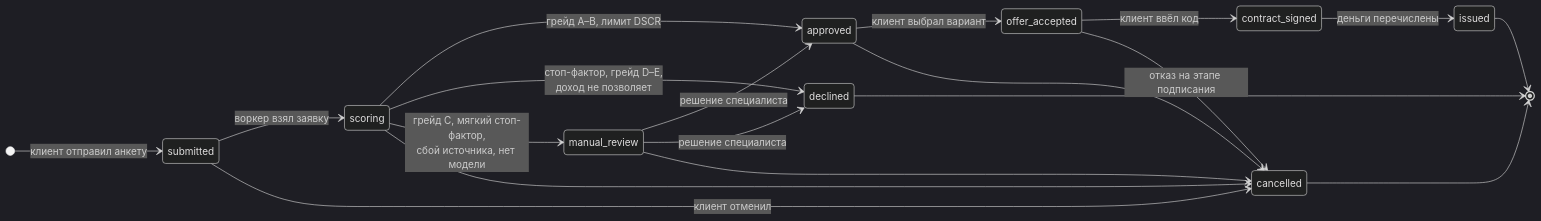
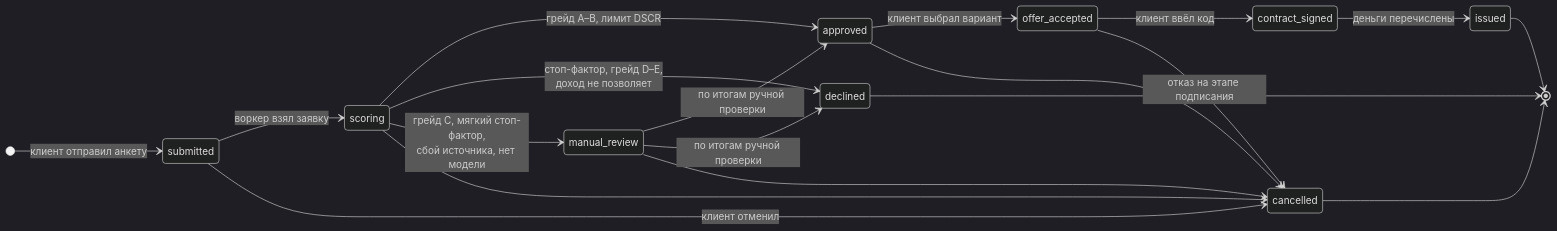
The diagram in docs/state-machine.md (harumaw/credit_risk), drawn with Mermaid (dark theme) before and after one commit. The commit also changed other lines of this file and 1 other file, not shown here.

Commit message:
README: scoring model section, why only test INNs can be added; no reviewer-role mentions in docs

````diff
--- a/docs/state-machine.md
+++ b/docs/state-machine.md
@@ -13,22 +13,22 @@
 ```mermaid
 stateDiagram-v2
     direction LR
     [*] --> submitted: клиент отправил анкету
     submitted --> scoring: воркер взял заявку
     scoring --> approved: грейд A–B, лимит DSCR
     scoring --> declined: стоп-фактор, грейд D–E,<br/>доход не позволяет
     scoring --> manual_review: грейд C, мягкий стоп-фактор,<br/>сбой источника, нет модели
-    manual_review --> approved: решение специалиста
-    manual_review --> declined: решение специалиста
+    manual_review --> approved: по итогам ручной проверки
+    manual_review --> declined: по итогам ручной проверки
     approved --> offer_accepted: клиент выбрал вариант
     offer_accepted --> contract_signed: клиент ввёл код
     contract_signed --> issued: деньги перечислены
     submitted --> cancelled: клиент отменил
     scoring --> cancelled
     manual_review --> cancelled
     approved --> cancelled
     offer_accepted --> cancelled: отказ на этапе подписания
     issued --> [*]
     declined --> [*]
     cancelled --> [*]
 ```
````
